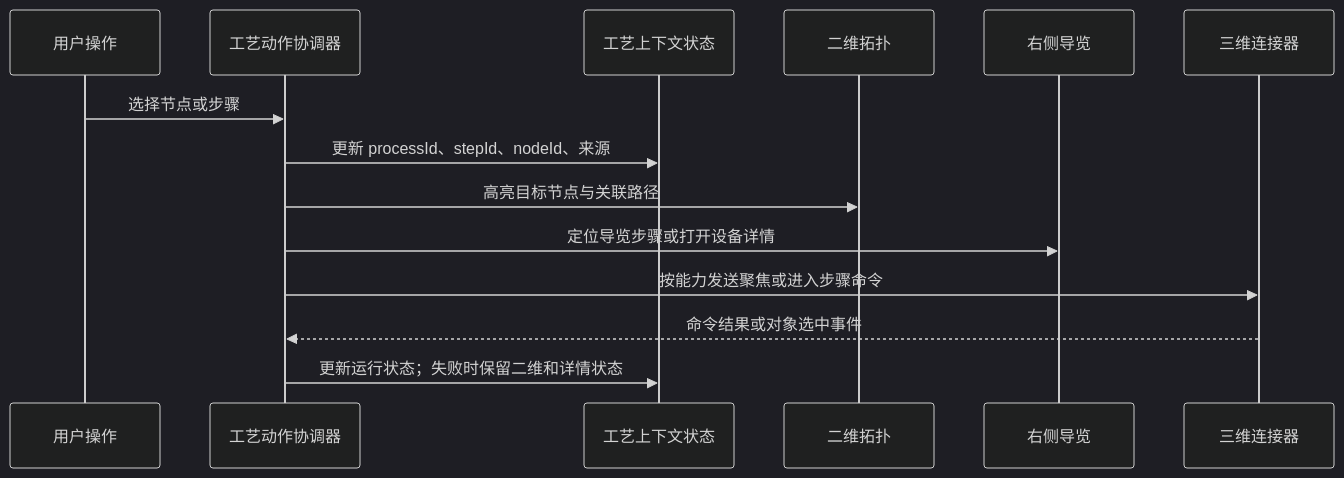
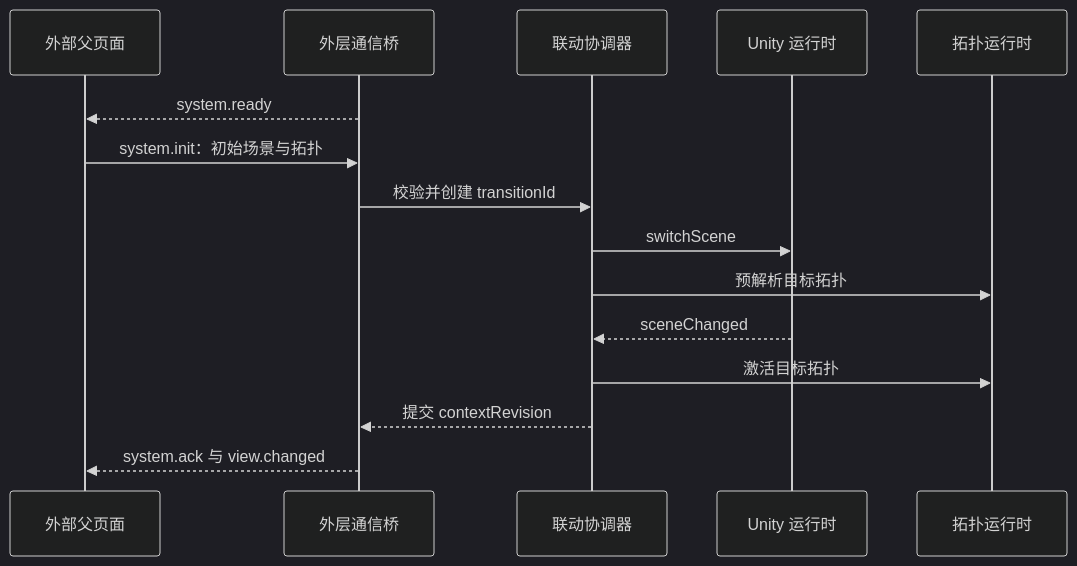
Before and after one commit to leyuexiang/WebDLPro: the second of 4 diagrams in Docs/电力全流程平台-前端架构设计.md, drawn with Mermaid (dark theme). The commit also changed other lines of this file and 1387 other files, not shown here.

````diff
--- a/Docs/电力全流程平台-前端架构设计.md
+++ b/Docs/电力全流程平台-前端架构设计.md
@@ -283,17 +414,18 @@
 ```mermaid
 sequenceDiagram
-  participant X as 用户操作
-  participant C as 工艺动作协调器
-  participant S as 工艺上下文状态
-  participant T as 二维拓扑
-  participant G as 右侧导览
-  participant W as 三维连接器
+  participant P as 外部父页面
+  participant H as 外层通信桥
+  participant C as 联动协调器
+  participant U as Unity 运行时
+  participant T as 拓扑运行时
 
-  X->>C: 选择节点或步骤
-  C->>S: 更新 processId、stepId、nodeId、来源
-  C->>T: 高亮目标节点与关联路径
-  C->>G: 定位导览步骤或打开设备详情
-  C->>W: 按能力发送聚焦或进入步骤命令
-  W-->>C: 命令结果或对象选中事件
-  C->>S: 更新运行状态；失败时保留二维和详情状态
+  H-->>P: system.ready
+  P->>H: system.init：初始场景与拓扑
+  H->>C: 校验并创建 transitionId
+  C->>U: switchScene
+  C->>T: 预解析目标拓扑
+  U-->>C: sceneChanged
+  C->>T: 激活目标拓扑
+  C-->>H: 提交 contextRevision
+  H-->>P: system.ack 与 view.changed
 ```
````
